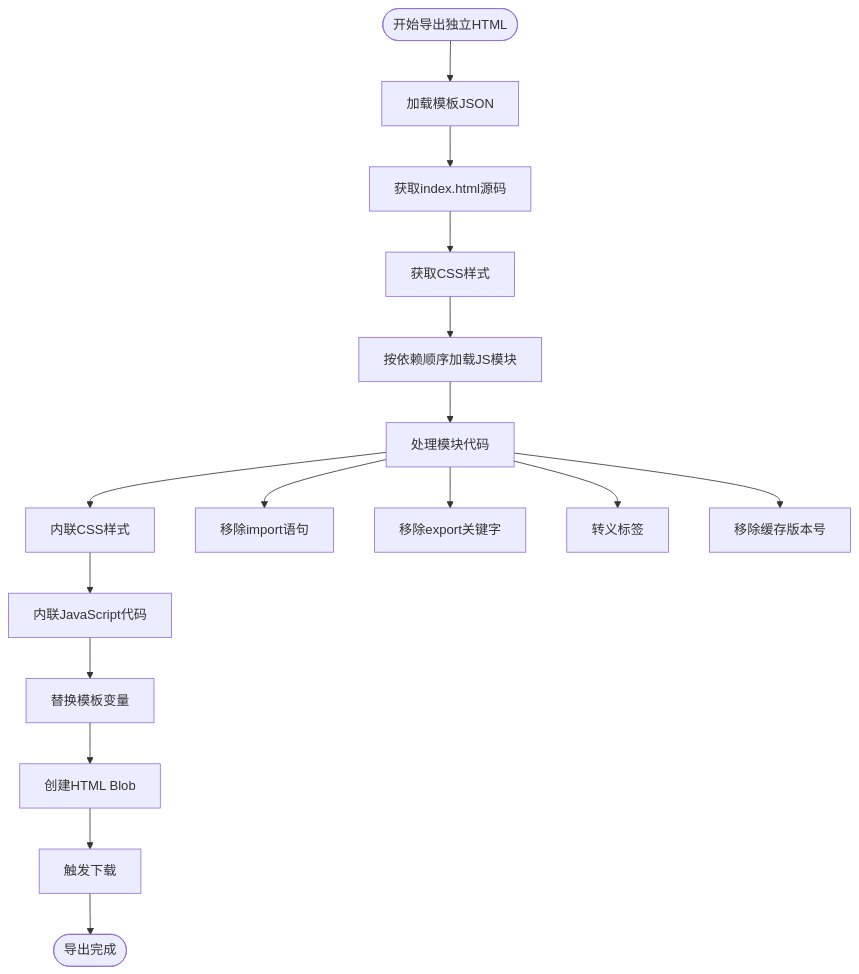
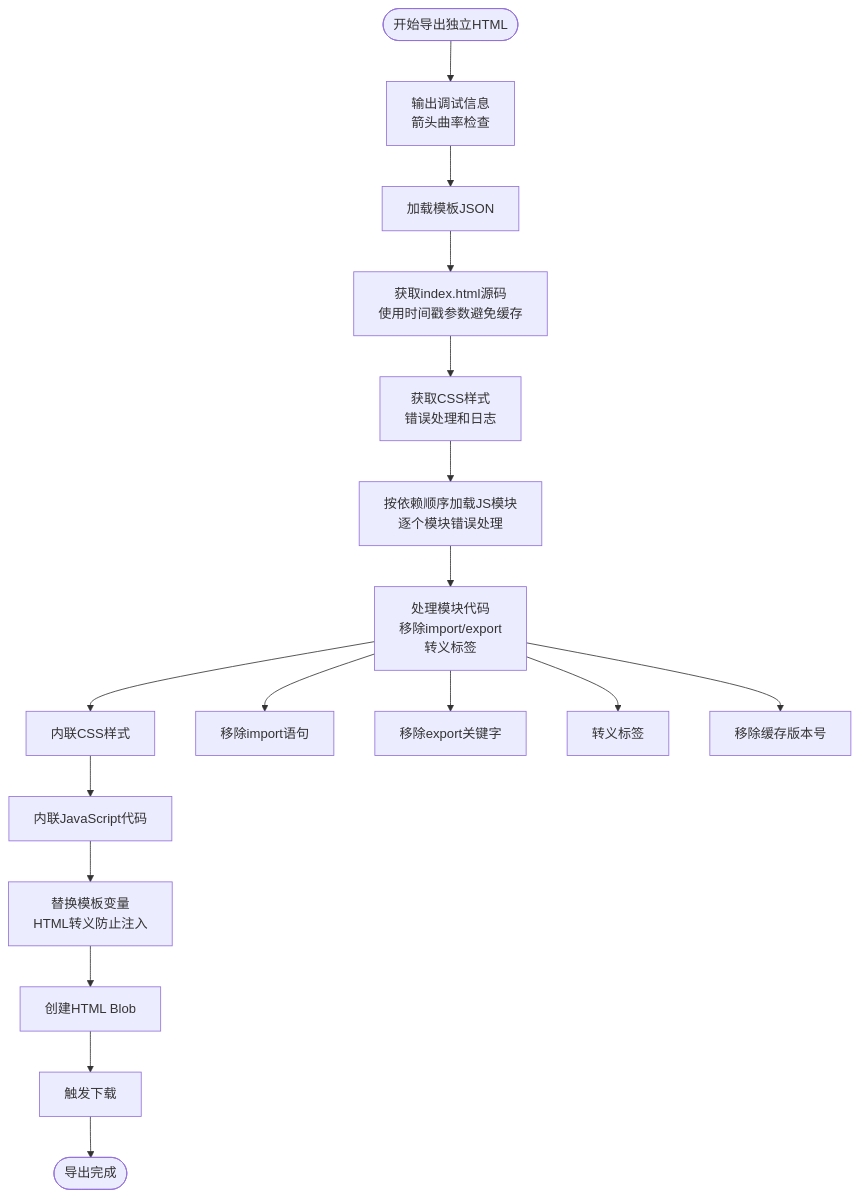
Before and after one commit to nht123456/waveform-editor: the sixth of 8 diagrams in .qoder/repowiki/zh/content/输入输出与存储/导出系统/导出系统.md, drawn with Mermaid. The commit also changed other lines of this file and 6 other files, not shown here.

````diff
--- a/.qoder/repowiki/zh/content/输入输出与存储/导出系统/导出系统.md
+++ b/.qoder/repowiki/zh/content/输入输出与存储/导出系统/导出系统.md
@@ -257,18 +259,19 @@
 ```mermaid
 flowchart TD
-Start([开始导出独立HTML]) --> LoadTemplate["加载模板JSON"]
-LoadTemplate --> LoadIndex["获取index.html源码"]
-LoadIndex --> LoadCSS["获取CSS样式"]
-LoadCSS --> LoadModules["按依赖顺序加载JS模块"]
-LoadModules --> ProcessModules["处理模块代码"]
+Start([开始导出独立HTML]) --> DebugInfo["输出调试信息<br/>箭头曲率检查"]
+DebugInfo --> LoadTemplate["加载模板JSON"]
+LoadTemplate --> LoadIndex["获取index.html源码<br/>使用时间戳参数避免缓存"]
+LoadIndex --> LoadCSS["获取CSS样式<br/>错误处理和日志"]
+LoadCSS --> LoadModules["按依赖顺序加载JS模块<br/>逐个模块错误处理"]
+LoadModules --> ProcessModules["处理模块代码<br/>移除import/export<br/>转义</script>标签"]
 ProcessModules --> InlineCSS["内联CSS样式"]
 InlineCSS --> InlineJS["内联JavaScript代码"]
-InlineJS --> ReplaceTemplate["替换模板变量"]
+InlineJS --> ReplaceTemplate["替换模板变量<br/>HTML转义防止注入"]
 ReplaceTemplate --> CreateBlob["创建HTML Blob"]
 CreateBlob --> Download["触发下载"]
 Download --> End([导出完成])
 ProcessModules --> RemoveImports["移除import语句"]
 ProcessModules --> RemoveExports["移除export关键字"]
 ProcessModules --> EscapeScript["转义</script>标签"]
 ProcessModules --> RemoveCache["移除缓存版本号"]
 ```
````
